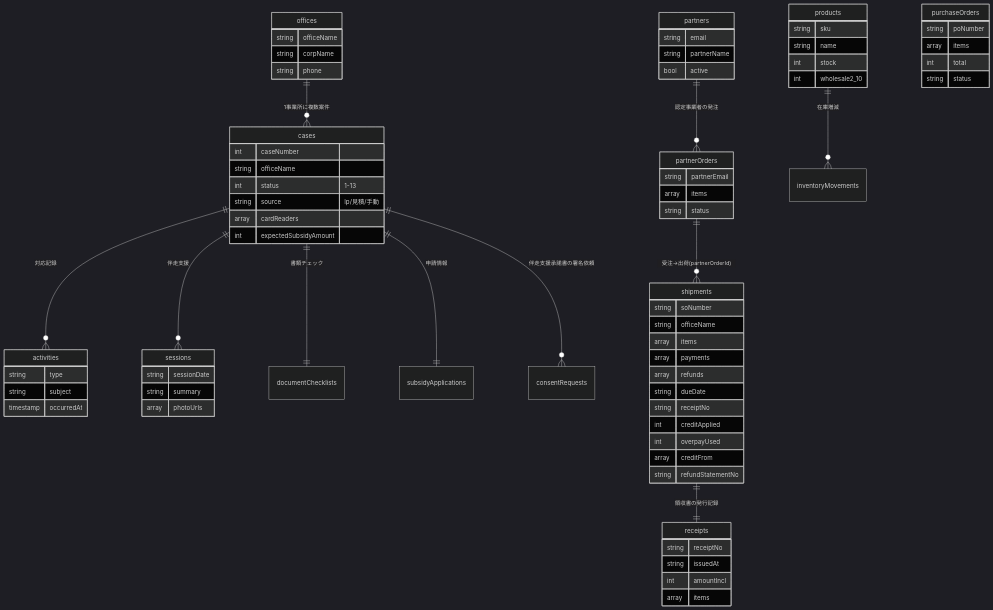
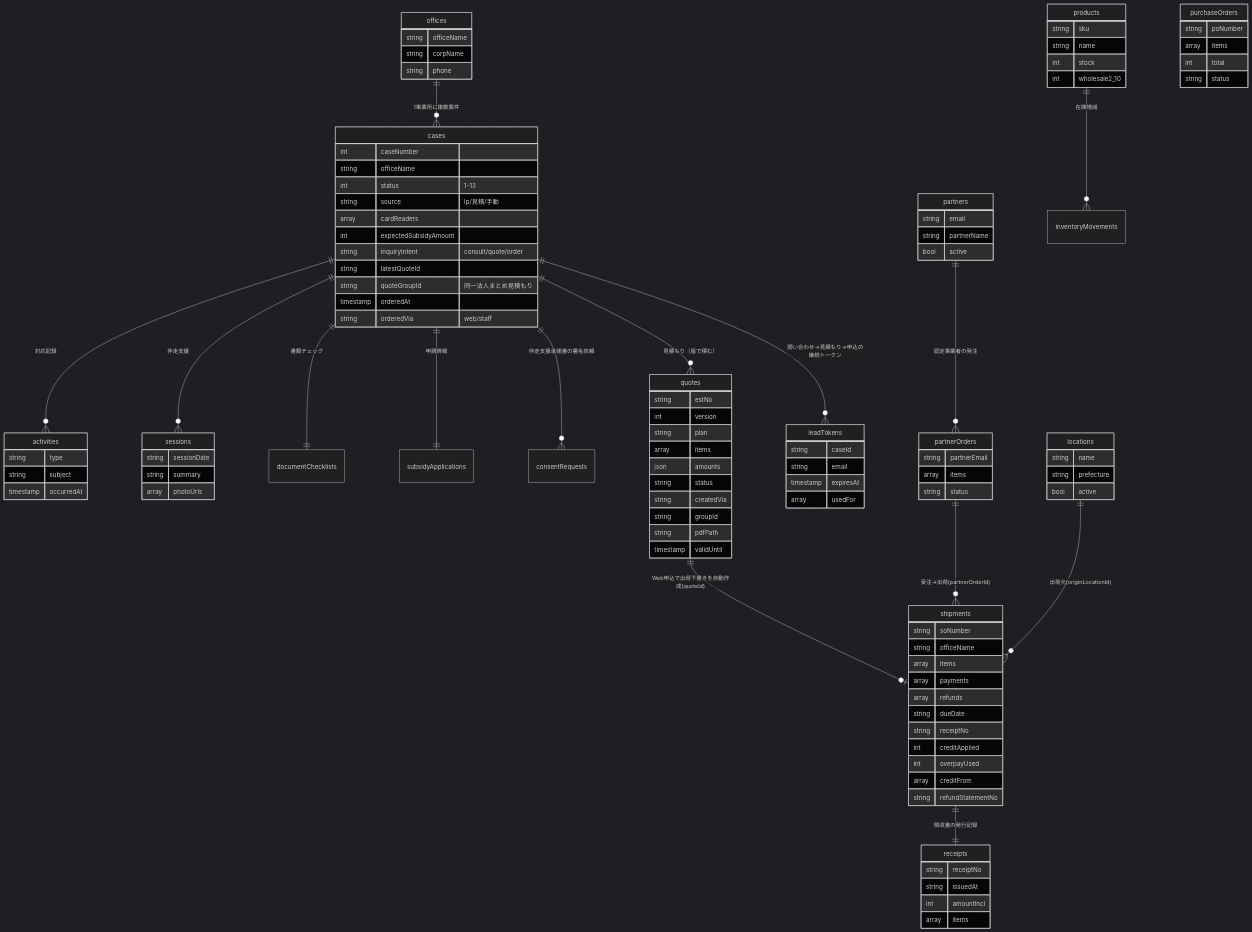
The fifth of 6 diagrams in ENGINEERING_NOTES.md (npo-tadakayo/kjk-tadakayo), drawn with Mermaid (dark theme) before and after one commit. The commit also changed other lines of this file and 12 other files, not shown here.

````diff
--- a/ENGINEERING_NOTES.md
+++ b/ENGINEERING_NOTES.md
@@ -346,30 +346,42 @@
 ```mermaid
 erDiagram
   offices ||--o{ cases : "1事業所に複数案件"
   cases ||--o{ activities : "対応記録"
   cases ||--o{ sessions : "伴走支援"
   cases ||--|| documentChecklists : "書類チェック"
   cases ||--|| subsidyApplications : "申請情報"
   partners ||--o{ partnerOrders : "認定事業者の発注"
   products ||--o{ inventoryMovements : "在庫増減"
   partnerOrders ||--o{ shipments : "受注→出荷(partnerOrderId)"
   shipments ||--|| receipts : "領収書の発行記録"
   cases ||--o{ consentRequests : "伴走支援承諾書の署名依頼"
+  cases ||--o{ quotes : "見積もり（版で積む）"
+  cases ||--o{ leadTokens : "問い合わせ→見積もり→申込の継続トークン"
+  quotes ||--o| shipments : "Web申込で出荷下書きを自動作成(quoteId)"
+  locations ||--o{ shipments : "出荷元(originLocationId)"
   cases {
     int caseNumber
     string officeName
     int status "1-13"
     string source "lp/見積/手動"
     array cardReaders
     int expectedSubsidyAmount
+    string inquiryIntent "consult/quote/order"
+    string latestQuoteId
+    string quoteGroupId "同一法人まとめ見積もり"
+    timestamp orderedAt
+    string orderedVia "web/staff"
   }
+  quotes { string estNo int version string plan array items json amounts string status string createdVia string groupId string pdfPath timestamp validUntil }
+  leadTokens { string caseId string email timestamp expiresAt array usedFor }
+  locations { string name string prefecture bool active }
   offices { string officeName string corpName string phone }
   activities { string type string subject timestamp occurredAt }
   sessions { string sessionDate string summary array photoUrls }
   products { string sku string name int stock int wholesale2_10 }
   purchaseOrders { string poNumber array items int total string status }
   shipments { string soNumber string officeName array items array payments array refunds string dueDate string receiptNo int creditApplied int overpayUsed array creditFrom string refundStatementNo }
   partners { string email string partnerName bool active }
   partnerOrders { string partnerEmail array items string status }
   receipts { string receiptNo string issuedAt int amountIncl array items }
 ```
````
